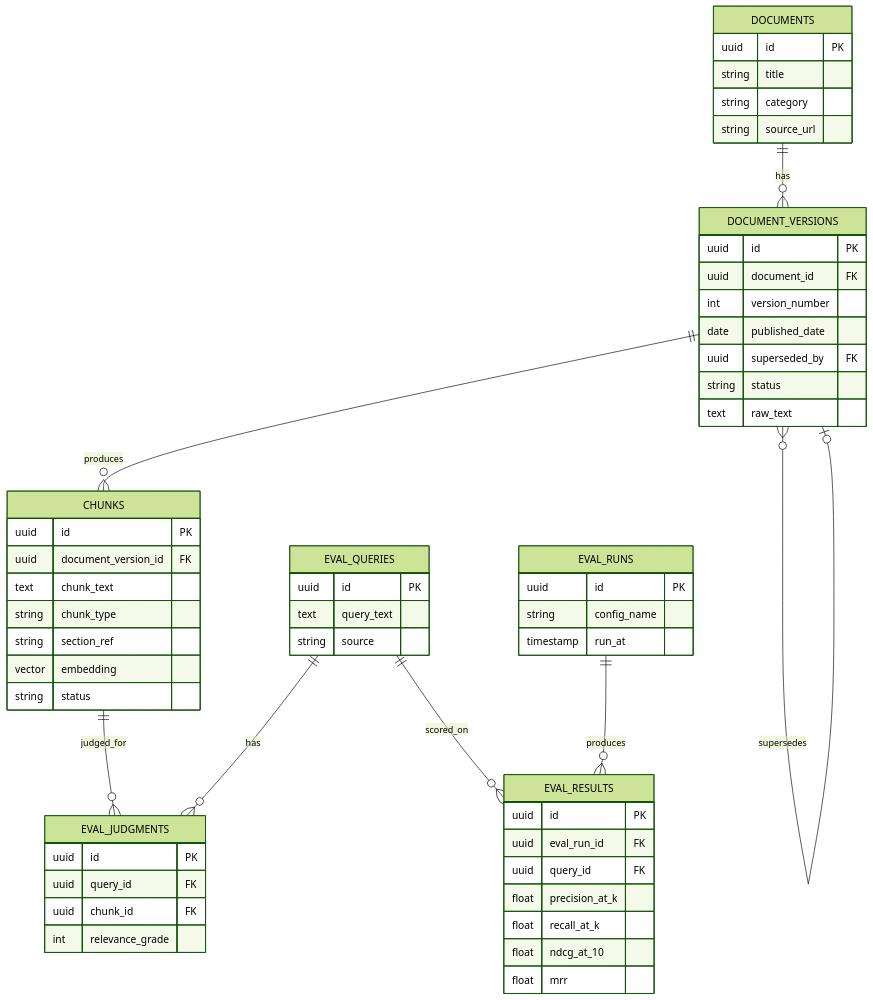
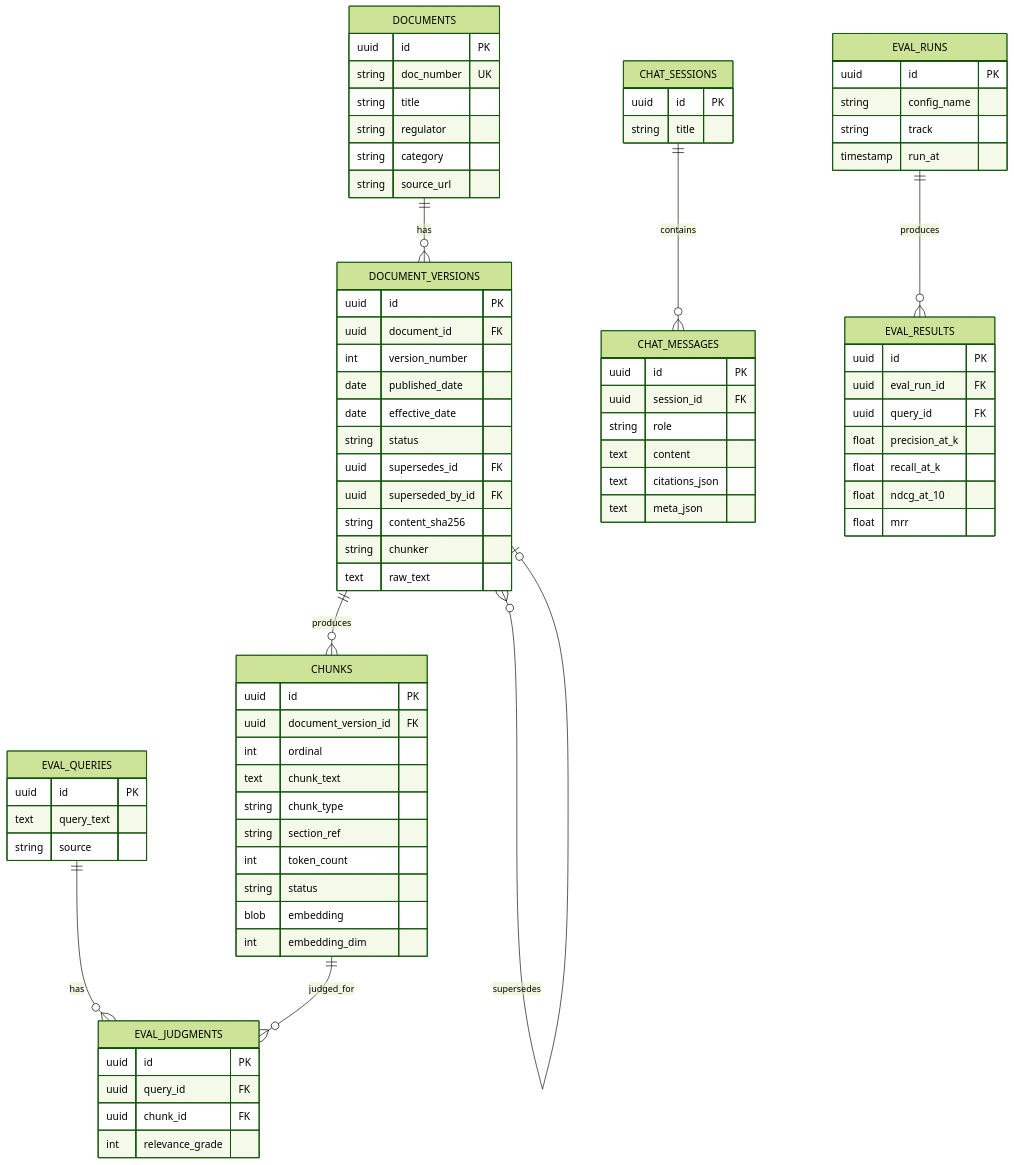
The second of 3 diagrams in Project-Details.md (Krypto-etox/Regulations-Tracking-RAG-System), drawn with Mermaid (forest theme) before and after one commit. The commit also changed other lines of this file and 75 other files, not shown here.

First line of the commit message:
Build production-grade RBI circular RAG system: ingestion, retrieval, generation, chat app, evaluation

````diff
--- a/Project-Details.md
+++ b/Project-Details.md
@@ -100,60 +149,70 @@
 ```mermaid
 erDiagram
     DOCUMENTS ||--o{ DOCUMENT_VERSIONS : has
     DOCUMENT_VERSIONS ||--o{ CHUNKS : produces
     DOCUMENT_VERSIONS }o--o| DOCUMENT_VERSIONS : supersedes
+    CHAT_SESSIONS ||--o{ CHAT_MESSAGES : contains
     EVAL_QUERIES ||--o{ EVAL_JUDGMENTS : has
     CHUNKS ||--o{ EVAL_JUDGMENTS : judged_for
     EVAL_RUNS ||--o{ EVAL_RESULTS : produces
-    EVAL_QUERIES ||--o{ EVAL_RESULTS : scored_on
 
     DOCUMENTS {
         uuid id PK
+        string doc_number UK
         string title
+        string regulator
         string category
         string source_url
     }
     DOCUMENT_VERSIONS {
         uuid id PK
         uuid document_id FK
         int version_number
         date published_date
-        uuid superseded_by FK
+        date effective_date
         string status
+        uuid supersedes_id FK
+        uuid superseded_by_id FK
+        string content_sha256
+        string chunker
         text raw_text
     }
     CHUNKS {
         uuid id PK
         uuid document_version_id FK
+        int ordinal
         text chunk_text
         string chunk_type
         string section_ref
-        vector embedding
+        int token_count
         string status
+        blob embedding
+        int embedding_dim
     }
-    EVAL_QUERIES {
-        uuid id PK
+    CHAT_SESSIONS { uuid id PK
+        string title }
+    CHAT_MESSAGES { uuid id PK
+        uuid session_id FK
+        string role
+        text content
+        text citations_json
+        text meta_json }
+    EVAL_QUERIES { uuid id PK
         text query_text
-        string source
-    }
-    EVAL_JUDGMENTS {
-        uuid id PK
+        string source }
+    EVAL_JUDGMENTS { uuid id PK
         uuid query_id FK
         uuid chunk_id FK
-        int relevance_grade
-    }
-    EVAL_RUNS {
-        uuid id PK
+        int relevance_grade }
+    EVAL_RUNS { uuid id PK
         string config_name
-        timestamp run_at
-    }
-    EVAL_RESULTS {
-        uuid id PK
+        string track
+        timestamp run_at }
+    EVAL_RESULTS { uuid id PK
         uuid eval_run_id FK
         uuid query_id FK
         float precision_at_k
         float recall_at_k
         float ndcg_at_10
-        float mrr
-    }
+        float mrr }
 ```
````
